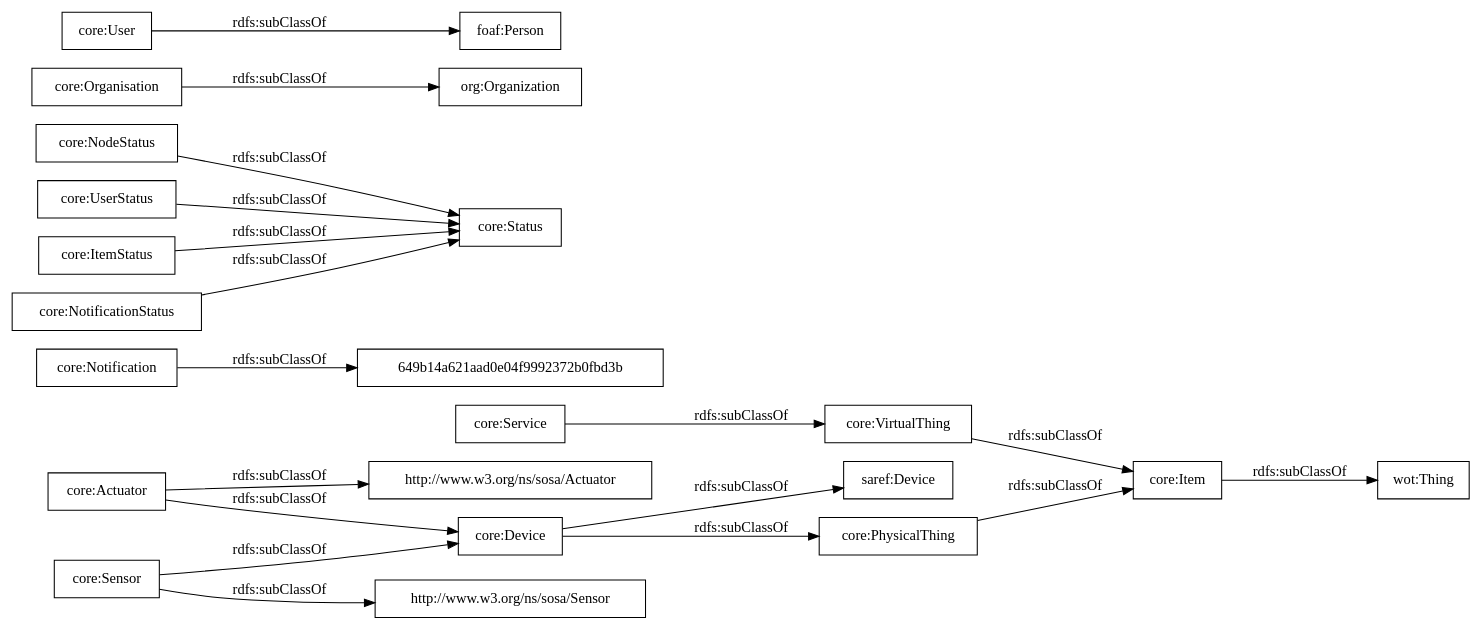
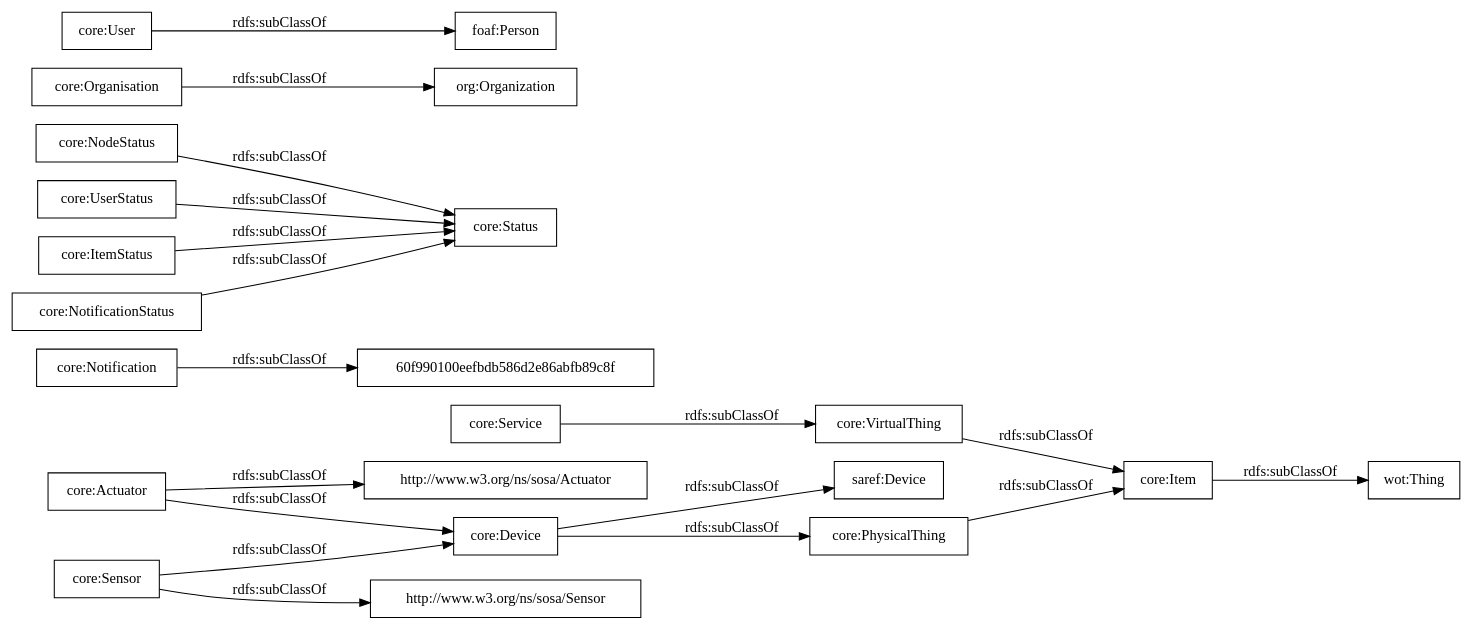
Before and after one commit to oeg-upm/auroral-core-ontology: the diagram in OnToology/ontology/auroral-core.ttl/diagrams/ar2dtool-taxonomy/auroral-core.ttl.png.dot, drawn with Graphviz. The commit also changed 12 other files, not shown here.

```diff
--- a/OnToology/ontology/auroral-core.ttl/diagrams/ar2dtool-taxonomy/auroral-core.ttl.png.dot
+++ b/OnToology/ontology/auroral-core.ttl/diagrams/ar2dtool-taxonomy/auroral-core.ttl.png.dot
@@ -1,23 +1,23 @@
 digraph ar2dtool_diagram { 
 rankdir=LR;
 size="1000"
-node [shape = rectangle, color="black"]; "core:Service" "core:Notification" "core:NodeStatus" "core:VirtualThing" "core:UserStatus" "org:Organization" "core:User" "core:Item" "core:ItemStatus" "http://www.w3.org/ns/sosa/Actuator" "core:Actuator" "core:Organisation" "core:NotificationStatus" "foaf:Person" "649b14a621aad0e04f9992372b0fbd3b" "saref:Device" "core:PhysicalThing" "http://www.w3.org/ns/sosa/Sensor" "wot:Thing" "core:Status" "core:Device" "core:Sensor" ; /*classes style*/
+node [shape = rectangle, color="black"]; "core:Service" "core:Notification" "core:NodeStatus" "core:VirtualThing" "core:UserStatus" "org:Organization" "core:User" "core:Item" "60f990100eefbdb586d2e86abfb89c8f" "core:ItemStatus" "http://www.w3.org/ns/sosa/Actuator" "core:Actuator" "core:Organisation" "core:NotificationStatus" "foaf:Person" "saref:Device" "core:PhysicalThing" "http://www.w3.org/ns/sosa/Sensor" "wot:Thing" "core:Status" "core:Device" "core:Sensor" ; /*classes style*/
 	"core:UserStatus" -> "core:Status" [ label = "rdfs:subClassOf" ];
 	"core:Item" -> "wot:Thing" [ label = "rdfs:subClassOf" ];
 	"core:VirtualThing" -> "core:Item" [ label = "rdfs:subClassOf" ];
-	"core:Notification" -> "649b14a621aad0e04f9992372b0fbd3b" [ label = "rdfs:subClassOf" ];
+	"core:Notification" -> "60f990100eefbdb586d2e86abfb89c8f" [ label = "rdfs:subClassOf" ];
 	"core:PhysicalThing" -> "core:Item" [ label = "rdfs:subClassOf" ];
 	"core:Sensor" -> "core:Device" [ label = "rdfs:subClassOf" ];
 	"core:Sensor" -> "http://www.w3.org/ns/sosa/Sensor" [ label = "rdfs:subClassOf" ];
 	"core:NodeStatus" -> "core:Status" [ label = "rdfs:subClassOf" ];
 	"core:User" -> "foaf:Person" [ label = "rdfs:subClassOf" ];
 	"core:Actuator" -> "core:Device" [ label = "rdfs:subClassOf" ];
 	"core:Actuator" -> "http://www.w3.org/ns/sosa/Actuator" [ label = "rdfs:subClassOf" ];
 	"core:ItemStatus" -> "core:Status" [ label = "rdfs:subClassOf" ];
 	"core:Device" -> "saref:Device" [ label = "rdfs:subClassOf" ];
 	"core:Device" -> "core:PhysicalThing" [ label = "rdfs:subClassOf" ];
 	"core:Service" -> "core:VirtualThing" [ label = "rdfs:subClassOf" ];
 	"core:NotificationStatus" -> "core:Status" [ label = "rdfs:subClassOf" ];
 	"core:Organisation" -> "org:Organization" [ label = "rdfs:subClassOf" ];
 
 }
```
